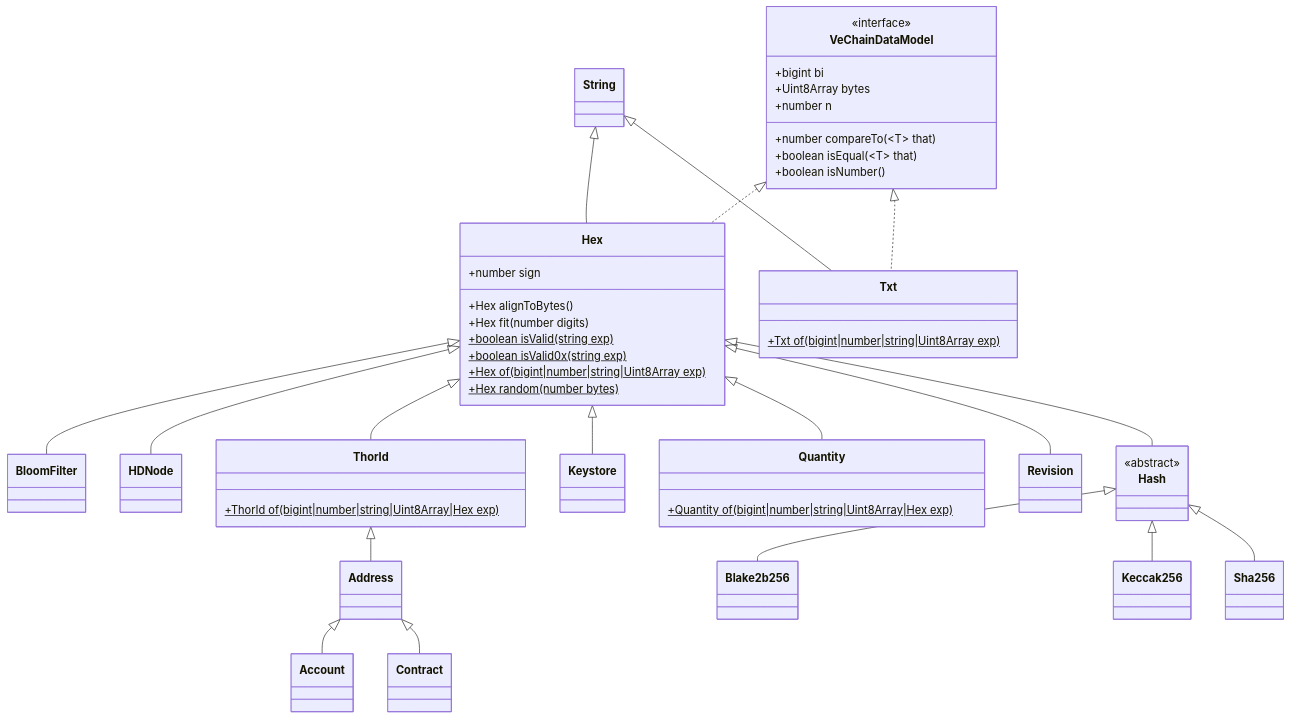
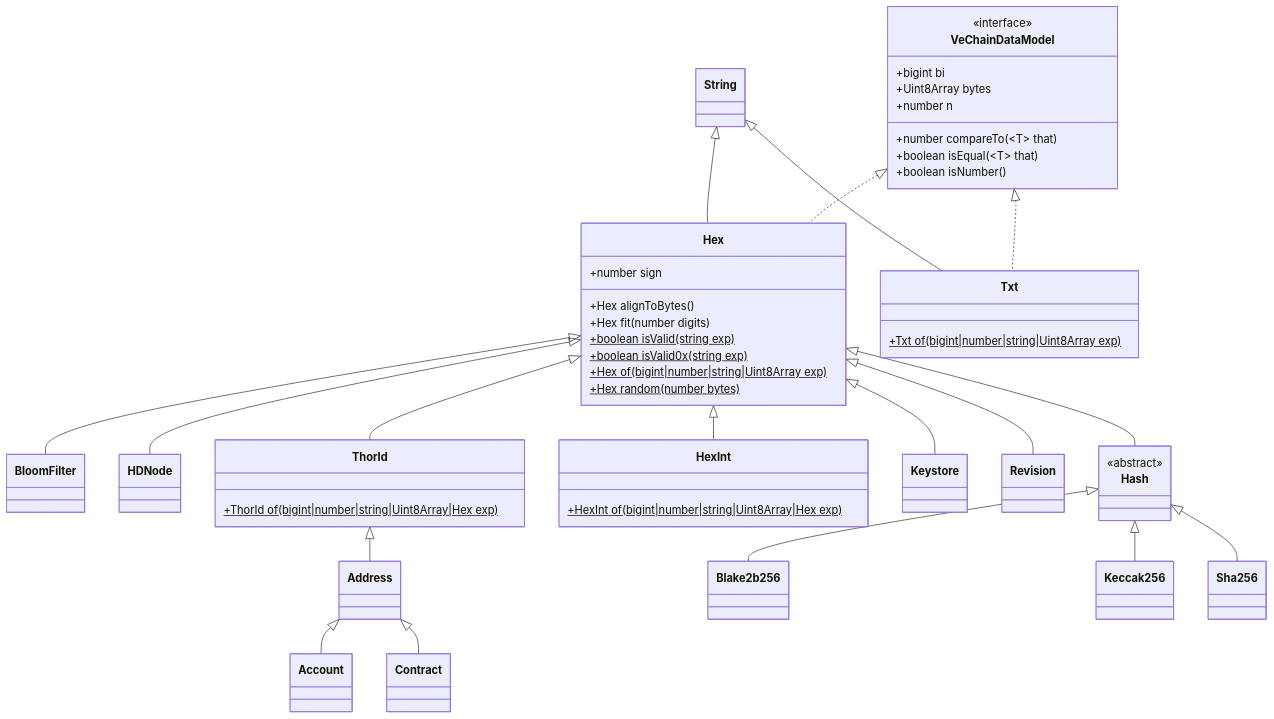
The diagram in docs/diagrams/architecture/vcdm.md (vechain/vechain-sdk-js), drawn with Mermaid before and after one commit. The commit also changed 17 other files, not shown here.

Commit message:
feat: 1110 remove Quantity class and add HexInt class

````diff
--- a/docs/diagrams/architecture/vcdm.md
+++ b/docs/diagrams/architecture/vcdm.md
@@ -1,62 +1,62 @@
 ```mermaid
 classDiagram
     class Account
     class Address
     class Blake2b256
     class BloomFilter
     class Contract
     class HDNode
     class Hash {
         <<abstract>>
     }
     class Hex {
         +number sign
         +Hex alignToBytes()
         +Hex fit(number digits)
         +boolean isValid(string exp)$
         +boolean isValid0x(string exp)$
         +Hex of(bigint|number|string|Uint8Array exp)$
         +Hex random(number bytes)$
     }
+    class HexInt {
+        +HexInt of(bigint|number|string|Uint8Array|Hex exp)$
+    }
     class Keccak256 
     class Keystore
-    class Quantity {
-        +Quantity of(bigint|number|string|Uint8Array|Hex exp)$
-    }
     class Revision
     class Sha256
     class String
     class ThorId {
         +ThorId of(bigint|number|string|Uint8Array|Hex exp)$
     }
     class Txt {
         +Txt of(bigint|number|string|Uint8Array exp)$
     }
     class String
     class VeChainDataModel{
         <<interface>>
       +bigint bi
       +Uint8Array bytes
       +number n
       +number compareTo(~T~ that)
       +boolean isEqual(~T~ that)
       +boolean isNumber()
     }
     Address <|-- Account
     Address <|-- Contract
     Hash <|-- Blake2b256
     Hash <|-- Keccak256
     Hash <|-- Sha256
     Hex <|-- BloomFilter
     Hex <|-- HDNode
     Hex <|-- Hash
+    Hex <|-- HexInt
     Hex <|-- Keystore
-    Hex <|-- Quantity
     Hex <|-- Revision
     Hex <|-- ThorId
     String <|-- Hex
     String <|-- Txt
     ThorId <|-- Address
     VeChainDataModel <|.. Hex
     VeChainDataModel <|.. Txt
 ```
````
